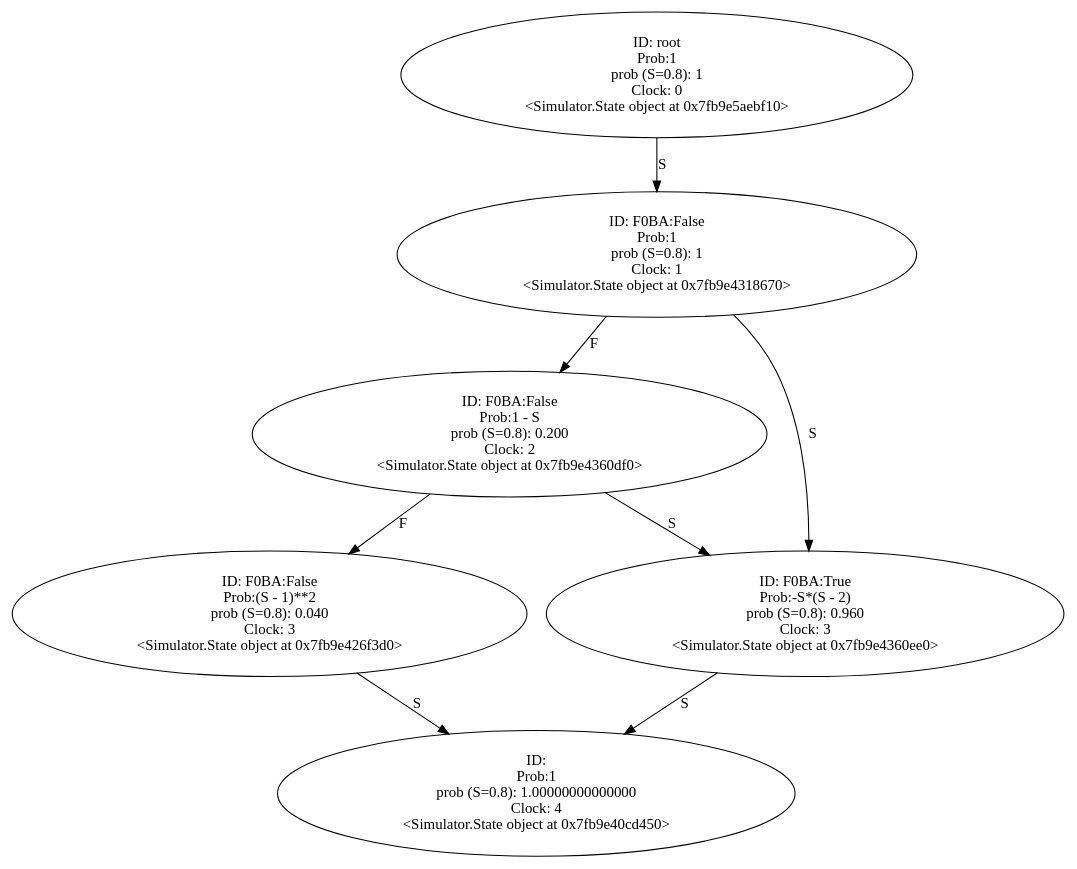
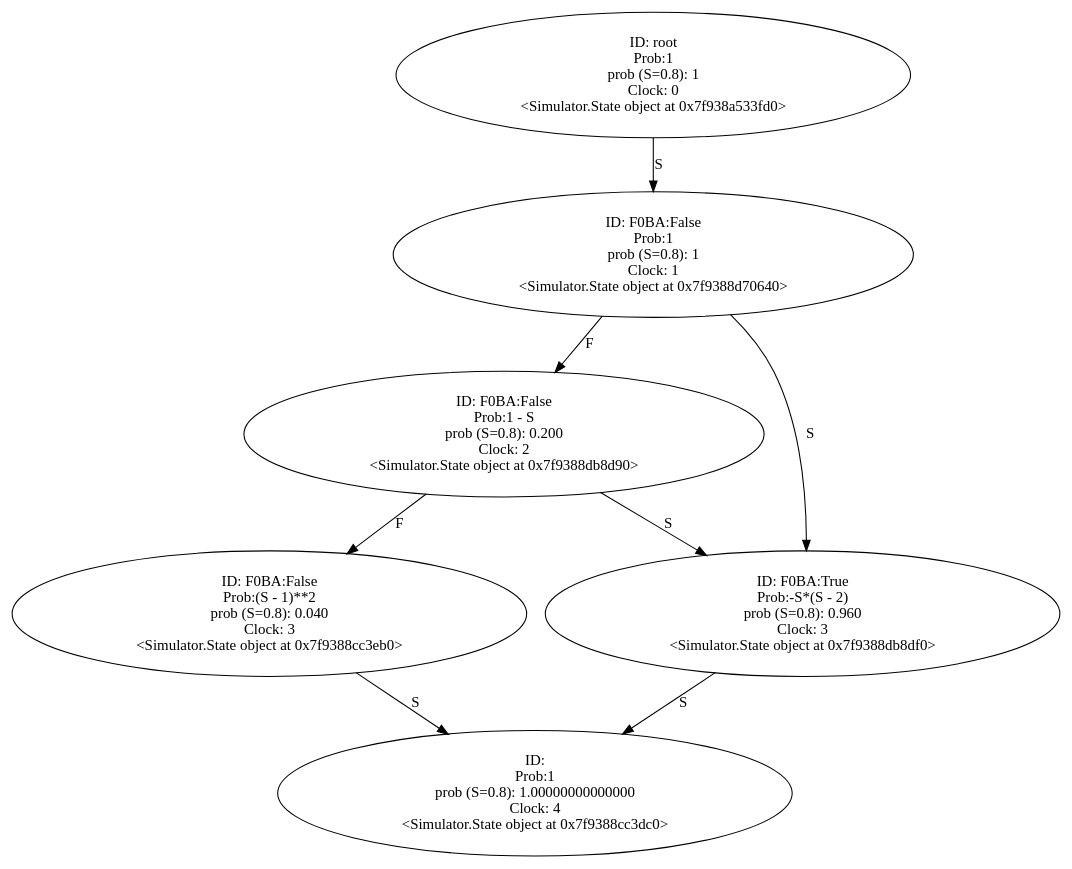
One commit to YasinBoloorchi/WARP-Simulator changed the diagram in Output/half_condition.wrp.gv. Above: the diagram before and after it, drawn with Graphviz. The commit also changed 16 other files, not shown here.

```diff
--- a/Output/half_condition.wrp.gv
+++ b/Output/half_condition.wrp.gv
@@ -1,39 +1,39 @@
 digraph "./Output/half_condition.wrp" {
-	<Simulator.State object at 0x7fb9e5aebf10> [label="ID: root
+	<Simulator.State object at 0x7f938a533fd0> [label="ID: root
 Prob:1
 prob (S=0.8): 1
 Clock: 0
-<Simulator.State object at 0x7fb9e5aebf10>"]
-	<Simulator.State object at 0x7fb9e5aebf10> -> <Simulator.State object at 0x7fb9e4318670> [label=S]
-	<Simulator.State object at 0x7fb9e4318670> [label="ID: F0BA:False
+<Simulator.State object at 0x7f938a533fd0>"]
+	<Simulator.State object at 0x7f938a533fd0> -> <Simulator.State object at 0x7f9388d70640> [label=S]
+	<Simulator.State object at 0x7f9388d70640> [label="ID: F0BA:False
 Prob:1
 prob (S=0.8): 1
 Clock: 1
-<Simulator.State object at 0x7fb9e4318670>"]
-	<Simulator.State object at 0x7fb9e4318670> -> <Simulator.State object at 0x7fb9e4360df0> [label=F]
-	<Simulator.State object at 0x7fb9e4318670> -> <Simulator.State object at 0x7fb9e4360ee0> [label=S]
-	<Simulator.State object at 0x7fb9e4360df0> [label="ID: F0BA:False
+<Simulator.State object at 0x7f9388d70640>"]
+	<Simulator.State object at 0x7f9388d70640> -> <Simulator.State object at 0x7f9388db8d90> [label=F]
+	<Simulator.State object at 0x7f9388d70640> -> <Simulator.State object at 0x7f9388db8df0> [label=S]
+	<Simulator.State object at 0x7f9388db8d90> [label="ID: F0BA:False
 Prob:1 - S
 prob (S=0.8): 0.200
 Clock: 2
-<Simulator.State object at 0x7fb9e4360df0>"]
-	<Simulator.State object at 0x7fb9e4360df0> -> <Simulator.State object at 0x7fb9e426f3d0> [label=F]
-	<Simulator.State object at 0x7fb9e4360df0> -> <Simulator.State object at 0x7fb9e4360ee0> [label=S]
-	<Simulator.State object at 0x7fb9e4360ee0> [label="ID: F0BA:True
+<Simulator.State object at 0x7f9388db8d90>"]
+	<Simulator.State object at 0x7f9388db8d90> -> <Simulator.State object at 0x7f9388cc3eb0> [label=F]
+	<Simulator.State object at 0x7f9388db8d90> -> <Simulator.State object at 0x7f9388db8df0> [label=S]
+	<Simulator.State object at 0x7f9388db8df0> [label="ID: F0BA:True
 Prob:-S*(S - 2)
 prob (S=0.8): 0.960
 Clock: 3
-<Simulator.State object at 0x7fb9e4360ee0>"]
-	<Simulator.State object at 0x7fb9e4360ee0> -> <Simulator.State object at 0x7fb9e40cd450> [label=S]
-	<Simulator.State object at 0x7fb9e426f3d0> [label="ID: F0BA:False
+<Simulator.State object at 0x7f9388db8df0>"]
+	<Simulator.State object at 0x7f9388db8df0> -> <Simulator.State object at 0x7f9388cc3dc0> [label=S]
+	<Simulator.State object at 0x7f9388cc3eb0> [label="ID: F0BA:False
 Prob:(S - 1)**2
 prob (S=0.8): 0.040
 Clock: 3
-<Simulator.State object at 0x7fb9e426f3d0>"]
-	<Simulator.State object at 0x7fb9e426f3d0> -> <Simulator.State object at 0x7fb9e40cd450> [label=S]
-	<Simulator.State object at 0x7fb9e40cd450> [label="ID: 
+<Simulator.State object at 0x7f9388cc3eb0>"]
+	<Simulator.State object at 0x7f9388cc3eb0> -> <Simulator.State object at 0x7f9388cc3dc0> [label=S]
+	<Simulator.State object at 0x7f9388cc3dc0> [label="ID: 
 Prob:1
 prob (S=0.8): 1.00000000000000
 Clock: 4
-<Simulator.State object at 0x7fb9e40cd450>"]
+<Simulator.State object at 0x7f9388cc3dc0>"]
 }
```
